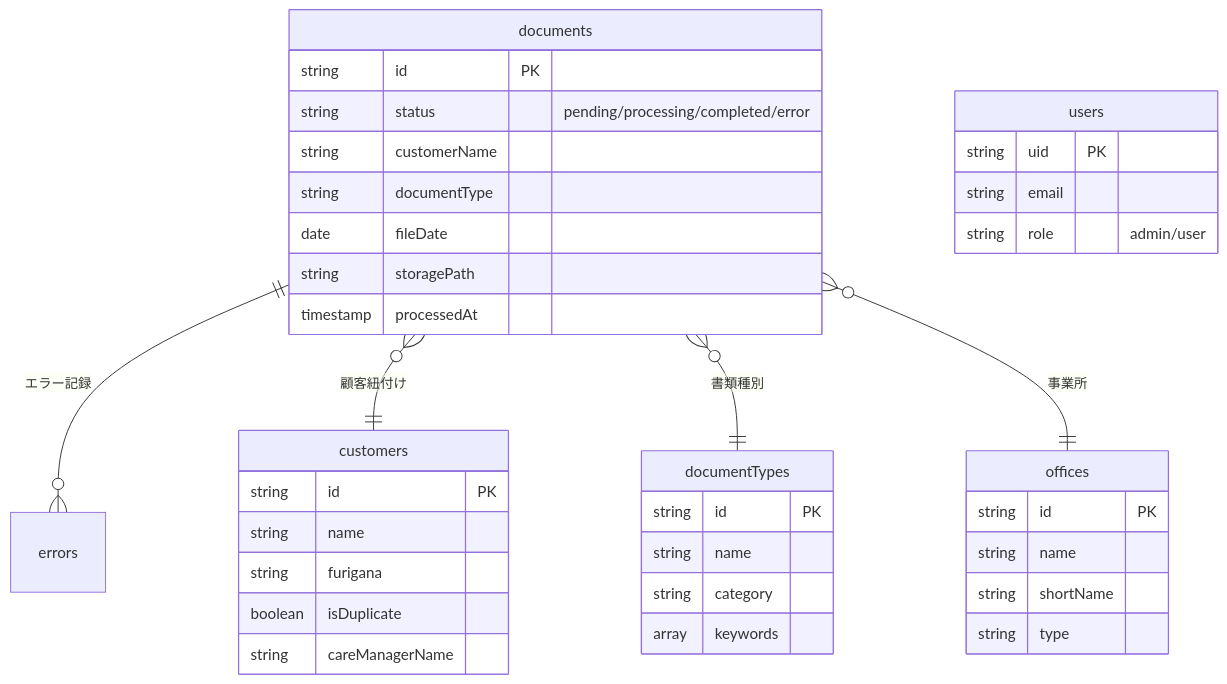
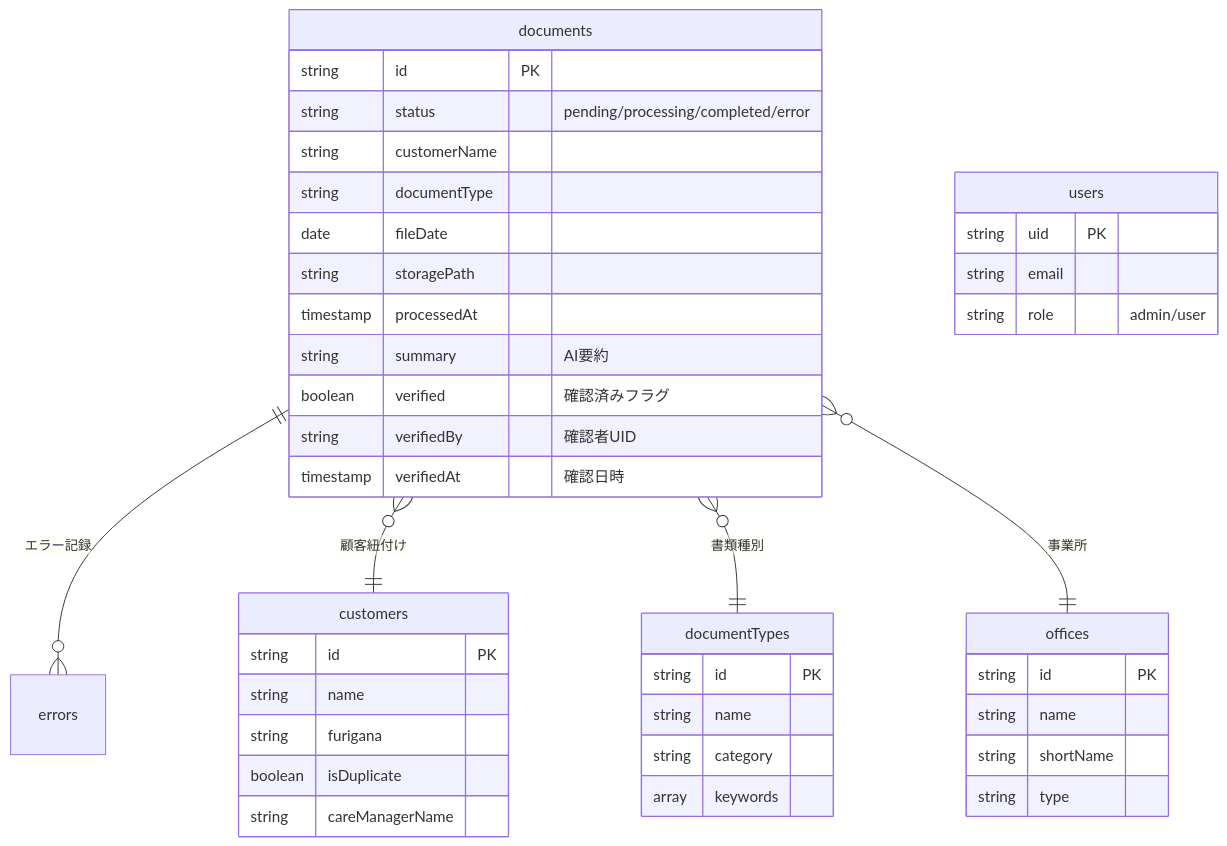
The fourth of 5 diagrams in docs/architecture.md (yasushi-honda/doc-split), drawn with Mermaid before and after one commit. The commit also changed other lines of this file and 1 other file, not shown here.

First line of the commit message:
docs: architecture.md/overview.mdを実装に合わせて更新

````diff
--- a/docs/architecture.md
+++ b/docs/architecture.md
@@ -119,45 +126,49 @@
 ```mermaid
 erDiagram
     documents ||--o{ errors : "エラー記録"
     documents }o--|| customers : "顧客紐付け"
     documents }o--|| documentTypes : "書類種別"
     documents }o--|| offices : "事業所"
 
     documents {
         string id PK
         string status "pending/processing/completed/error"
         string customerName
         string documentType
         date fileDate
         string storagePath
         timestamp processedAt
+        string summary "AI要約"
+        boolean verified "確認済みフラグ"
+        string verifiedBy "確認者UID"
+        timestamp verifiedAt "確認日時"
     }
 
     customers {
         string id PK
         string name
         string furigana
         boolean isDuplicate
         string careManagerName
     }
 
     documentTypes {
         string id PK
         string name
         string category
         array keywords
     }
 
     offices {
         string id PK
         string name
         string shortName
         string type
     }
 
     users {
         string uid PK
         string email
         string role "admin/user"
     }
 ```
````
